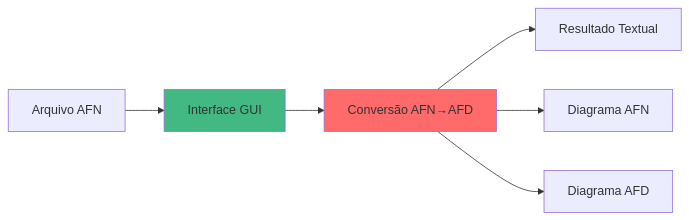
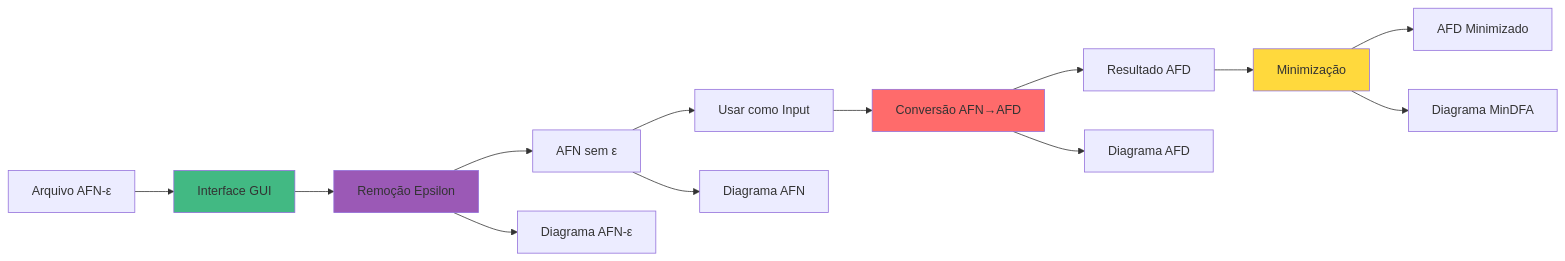
The diagram in docs/README.md (peudias/json2fsm), drawn with Mermaid before and after one commit. The commit also changed other lines of this file and 24 other files, not shown here.

First line of the commit message:
Add epsilon-transition, AFD-min support and update docs

````diff
--- a/docs/README.md
+++ b/docs/README.md
@@ -21,10 +26,19 @@
 ```mermaid
 graph LR
-    A[Arquivo AFN] --> B[Interface GUI]
-    B --> C[Conversão AFN→AFD]
-    C --> D[Resultado Textual]
-    C --> E[Diagrama AFN]
-    C --> F[Diagrama AFD]
+    A[Arquivo AFN-ε] --> B[Interface GUI]
+    B --> C[Remoção Epsilon]
+    C --> D[AFN sem ε]
+    D --> E[Usar como Input]
+    E --> F[Conversão AFN→AFD]
+    F --> G[Resultado AFD]
+    G --> H[Minimização]
+    H --> I[AFD Minimizado]
+    C --> J[Diagrama AFN-ε]
+    D --> K[Diagrama AFN]
+    F --> L[Diagrama AFD]
+    H --> M[Diagrama MinDFA]
     style B fill:#42b983
-    style C fill:#ff6b6b
+    style C fill:#9b59b6
+    style F fill:#ff6b6b
+    style H fill:#ffd93d
 ```
````
